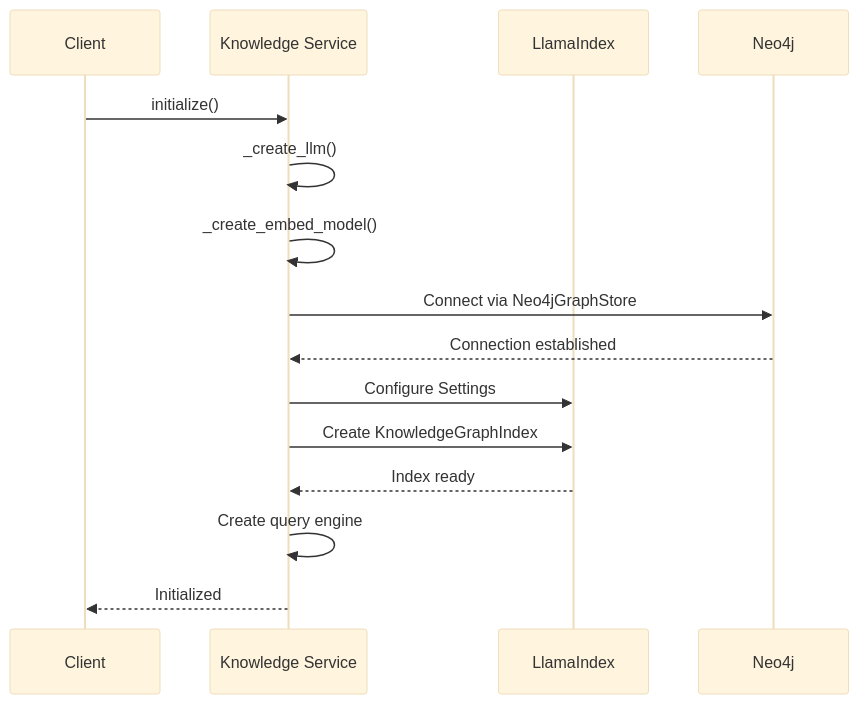
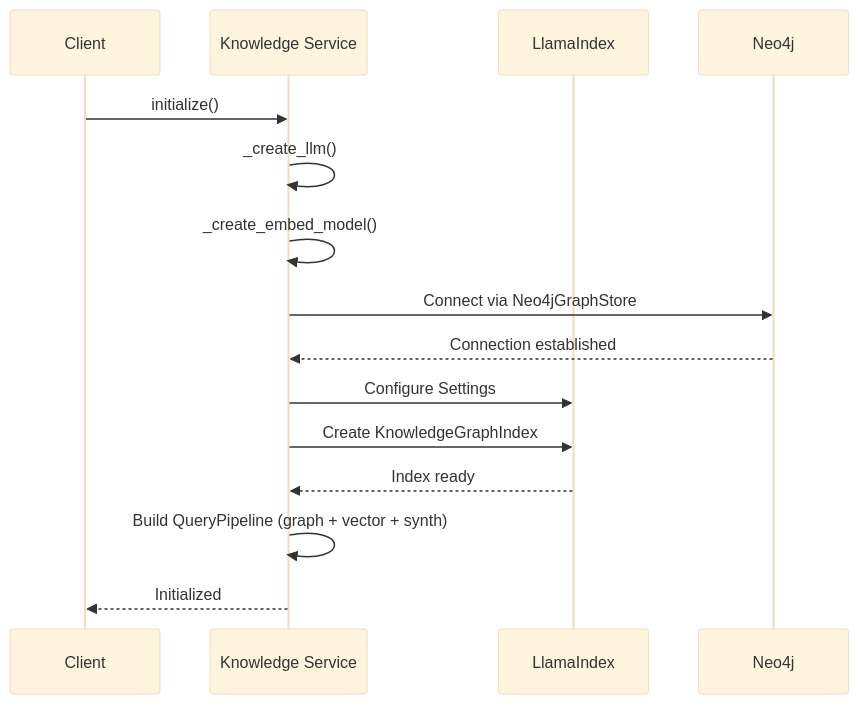
One commit to royisme/codebase-rag changed the second of 5 diagrams in docs/architecture/components.md. Above: the diagram before and after it, drawn with Mermaid (base theme). The commit also changed other lines of this file and 7 other files, not shown here.

Commit message:
Refactor Neo4j knowledge query pipeline

````diff
--- a/docs/architecture/components.md
+++ b/docs/architecture/components.md
@@ -377,18 +382,18 @@
 ```mermaid
 sequenceDiagram
     participant Client
     participant KnowServ as Knowledge Service
     participant LlamaIndex
     participant Neo4j
 
     Client->>KnowServ: initialize()
     KnowServ->>KnowServ: _create_llm()
     KnowServ->>KnowServ: _create_embed_model()
     KnowServ->>Neo4j: Connect via Neo4jGraphStore
     Neo4j-->>KnowServ: Connection established
     KnowServ->>LlamaIndex: Configure Settings
     KnowServ->>LlamaIndex: Create KnowledgeGraphIndex
     LlamaIndex-->>KnowServ: Index ready
-    KnowServ->>KnowServ: Create query engine
+    KnowServ->>KnowServ: Build QueryPipeline (graph + vector + synth)
     KnowServ-->>Client: Initialized
 ```
````
